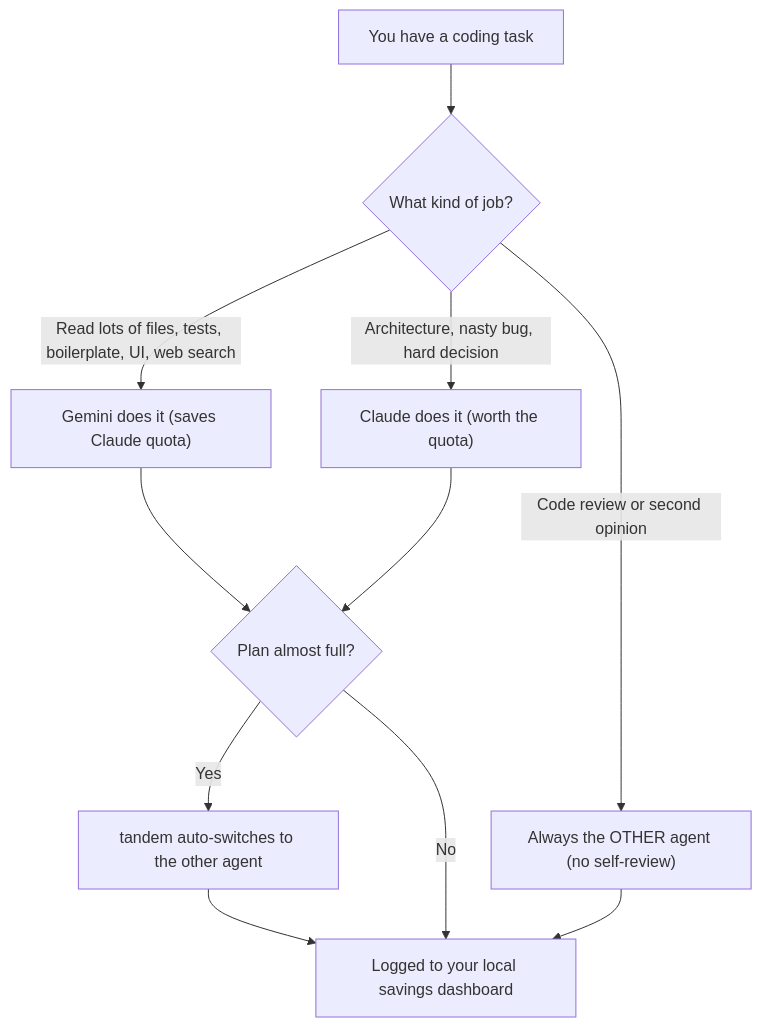
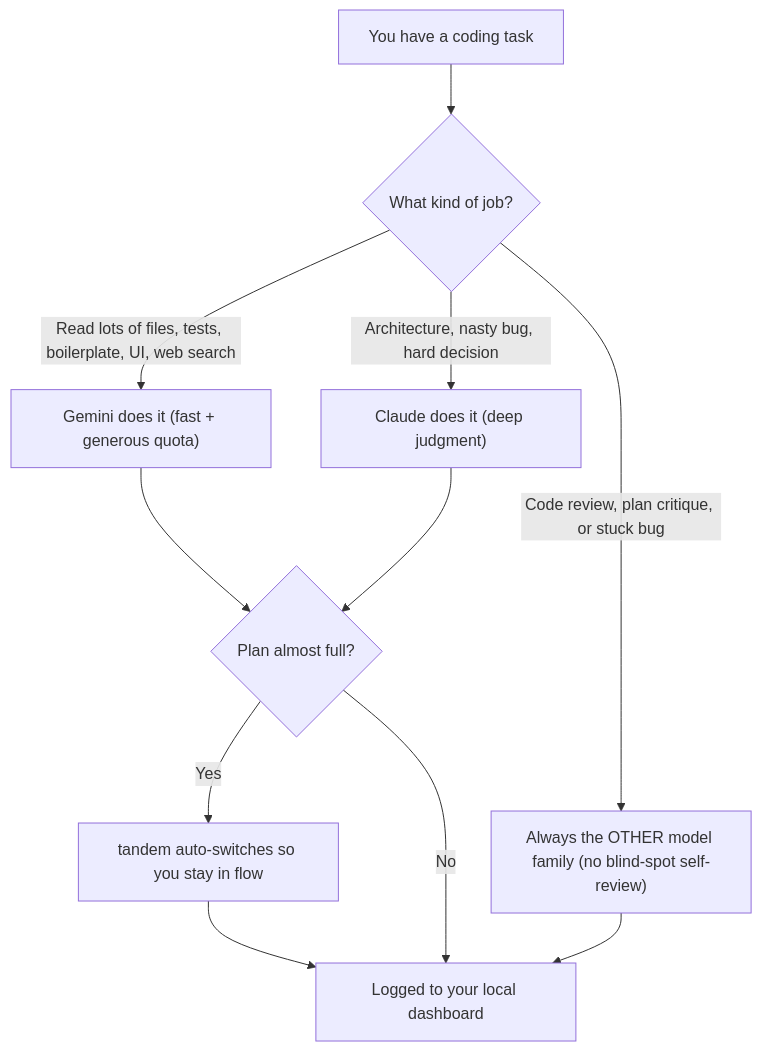
One commit to givewgun/multi-agents-pc changed the diagram in docs/ELI5.md. Above: the diagram before and after it, drawn with Mermaid. The commit also changed other lines of this file and 3 other files, not shown here.

Commit message:
docs: balance framing around cross-model quality, flow, and solo-vs-team limits

````diff
--- a/docs/ELI5.md
+++ b/docs/ELI5.md
@@ -18,13 +18,13 @@
 ```mermaid
 flowchart TD
   Start["You have a coding task"] --> Q{"What kind of job?"}
-  Q -- "Read lots of files, tests, boilerplate, UI, web search" --> G["Gemini does it (saves Claude quota)"]
-  Q -- "Architecture, nasty bug, hard decision" --> C["Claude does it (worth the quota)"]
-  Q -- "Code review or second opinion" --> P["Always the OTHER agent (no self-review)"]
+  Q -- "Read lots of files, tests, boilerplate, UI, web search" --> G["Gemini does it (fast + generous quota)"]
+  Q -- "Architecture, nasty bug, hard decision" --> C["Claude does it (deep judgment)"]
+  Q -- "Code review, plan critique, or stuck bug" --> P["Always the OTHER model family (no blind-spot self-review)"]
   G --> Limit{"Plan almost full?"}
   C --> Limit
-  Limit -- "Yes" --> Swap["tandem auto-switches to the other agent"]
-  Limit -- "No" --> Done["Logged to your local savings dashboard"]
+  Limit -- "Yes" --> Swap["tandem auto-switches so you stay in flow"]
+  Limit -- "No" --> Done["Logged to your local dashboard"]
   P --> Done
   Swap --> Done
 ```
````
